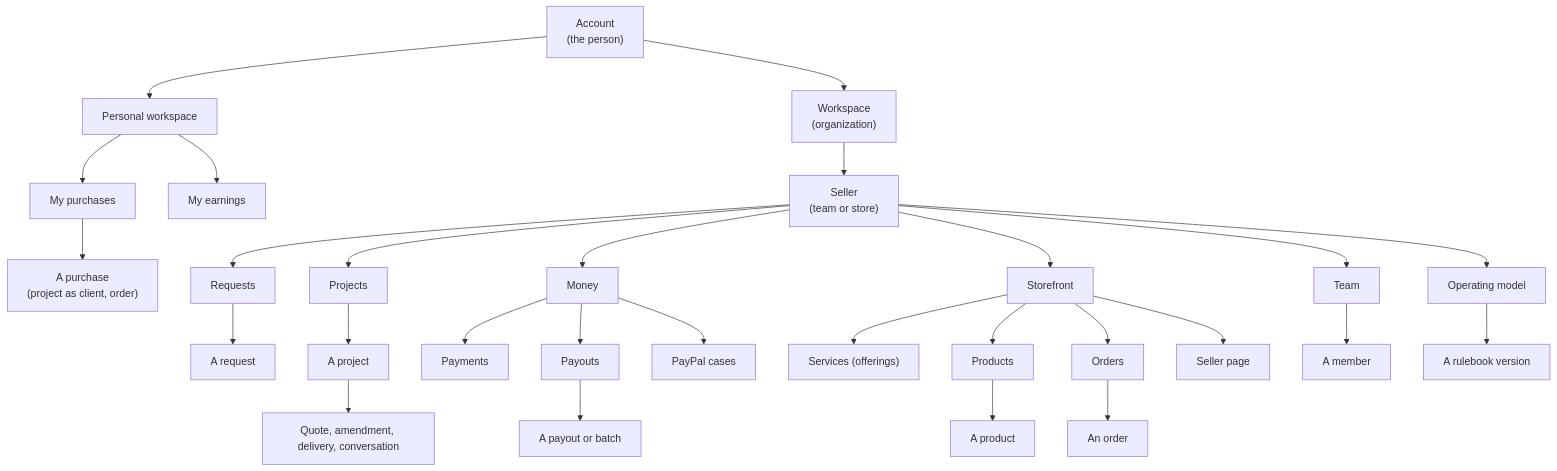
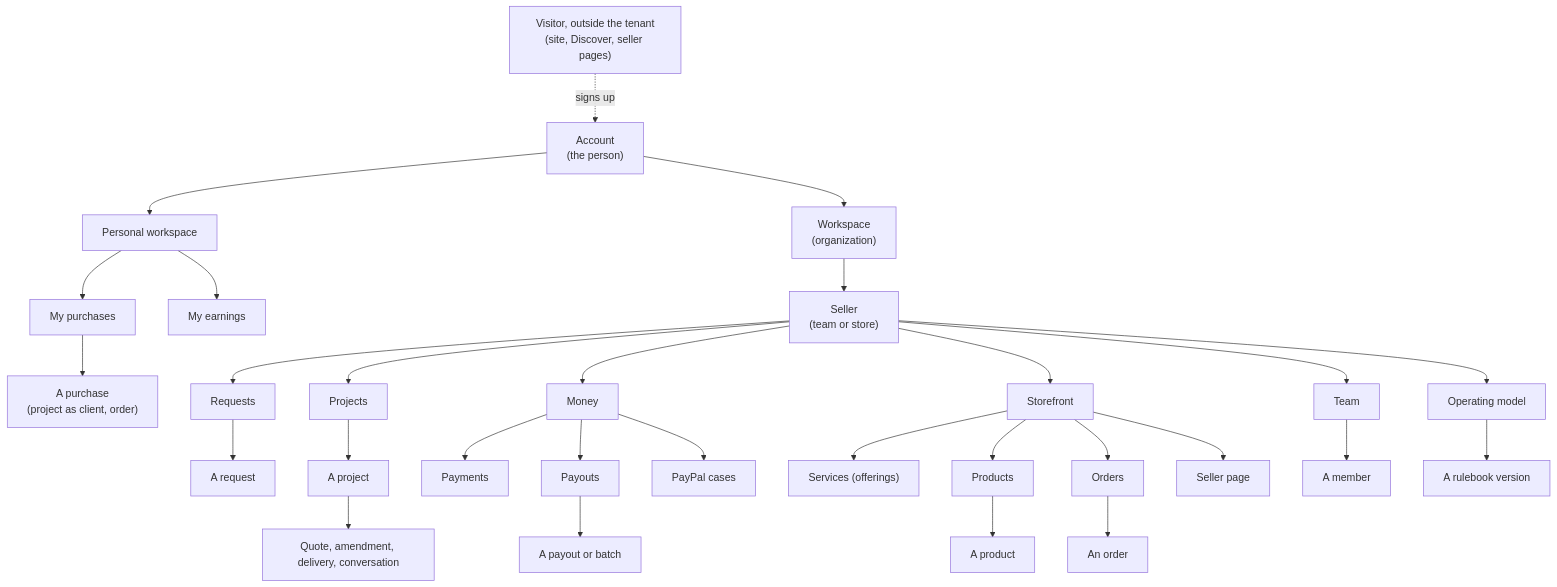
The diagram in specs/platform/2026-10-28-context-graph-inventory.md (veetlyn/veetlyn), drawn with Mermaid before and after one commit. The commit also changed other lines of this file, not shown here.

First line of the commit message:
docs(specs): map the context graph to every surface and its stories

````diff
--- a/specs/platform/2026-10-28-context-graph-inventory.md
+++ b/specs/platform/2026-10-28-context-graph-inventory.md
@@ -11,31 +11,32 @@
 ```mermaid
 graph TD
   A["Account<br/>(the person)"]
   A --> P["Personal workspace"]
   A --> W["Workspace<br/>(organization)"]
   P --> PP["My purchases"]
   P --> PE["My earnings"]
   PP --> PR["A purchase<br/>(project as client, order)"]
   W --> S["Seller<br/>(team or store)"]
   S --> R["Requests"]
   S --> J["Projects"]
   S --> M["Money"]
   S --> F["Storefront"]
   S --> T["Team"]
   S --> O["Operating model"]
   R --> R1["A request"]
   J --> J1["A project"]
   M --> M1["Payments"]
   M --> M2["Payouts"]
   M --> M3["PayPal cases"]
   M2 --> M21["A payout or batch"]
   F --> F1["Services (offerings)"]
   F --> F2["Products"]
   F --> F3["Orders"]
   F --> F4["Seller page"]
   F2 --> F21["A product"]
   F3 --> F31["An order"]
   T --> T1["A member"]
   O --> O1["A rulebook version"]
   J1 --> J11["Quote, amendment, delivery, conversation"]
+  V["Visitor, outside the tenant<br/>(site, Discover, seller pages)"] -. signs up .-> A
 ```
````
